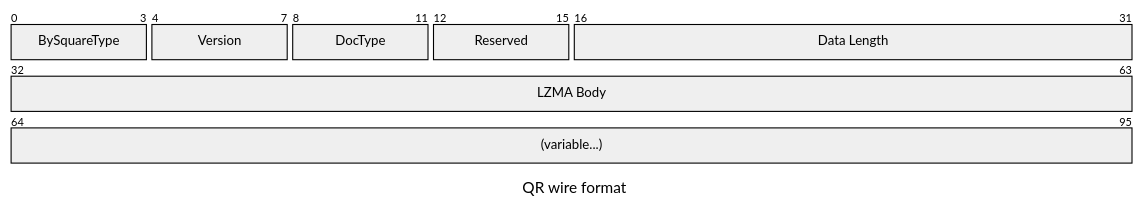
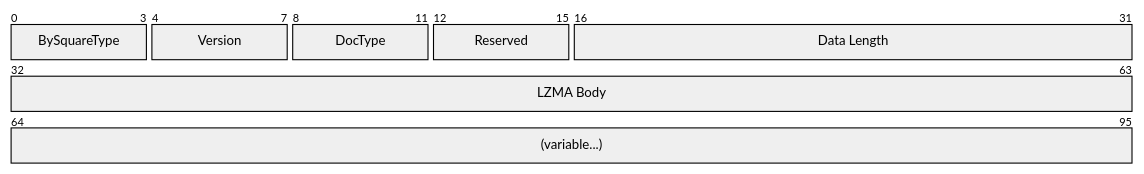
The third of 4 diagrams in README.md (xseman/bysquare), drawn with Mermaid before and after one commit. The commit also changed other lines of this file and 3 other files, not shown here.

````diff
--- a/README.md
+++ b/README.md
@@ -142,15 +146,14 @@
 ```mermaid
 ---
-title: "QR wire format"
 config:
   theme: neutral
 ---
 packet-beta
 0-3: "BySquareType"
 4-7: "Version"
 8-11: "DocType"
 12-15: "Reserved"
 16-31: "Data Length"
 32-63: "LZMA Body"
 64-95: "(variable...)"
 ```
````
